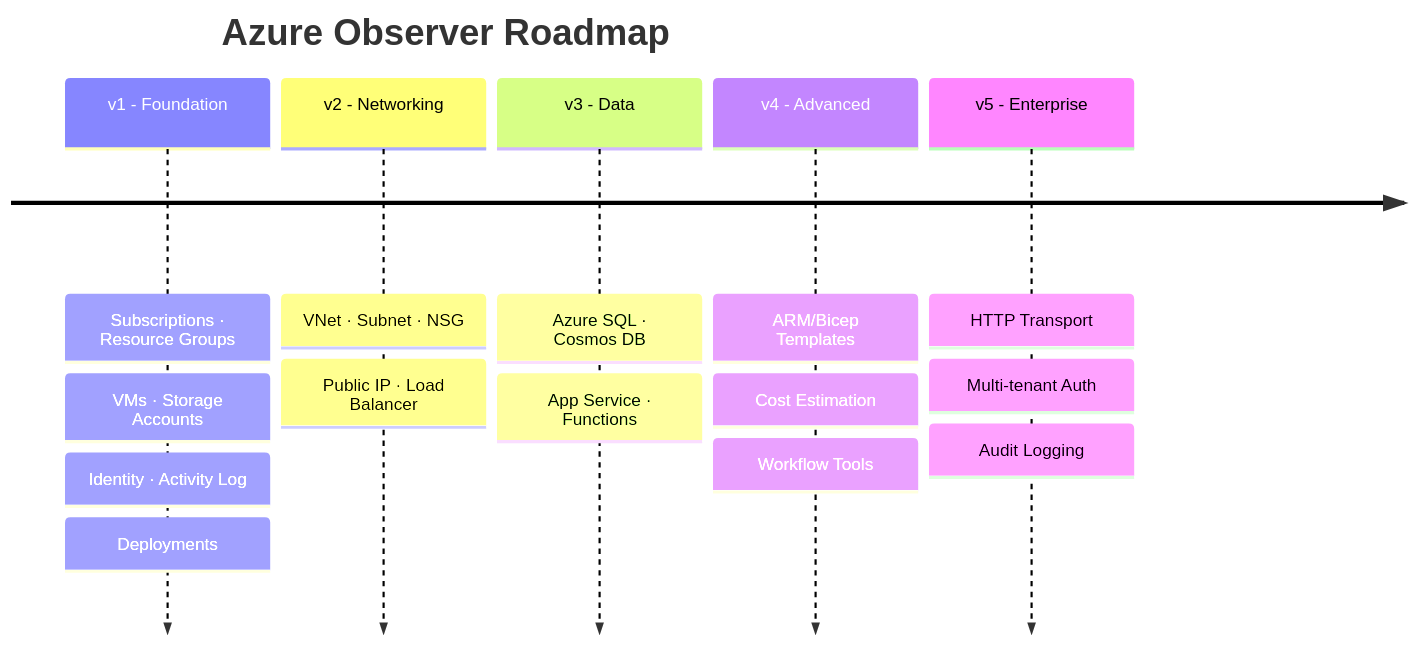
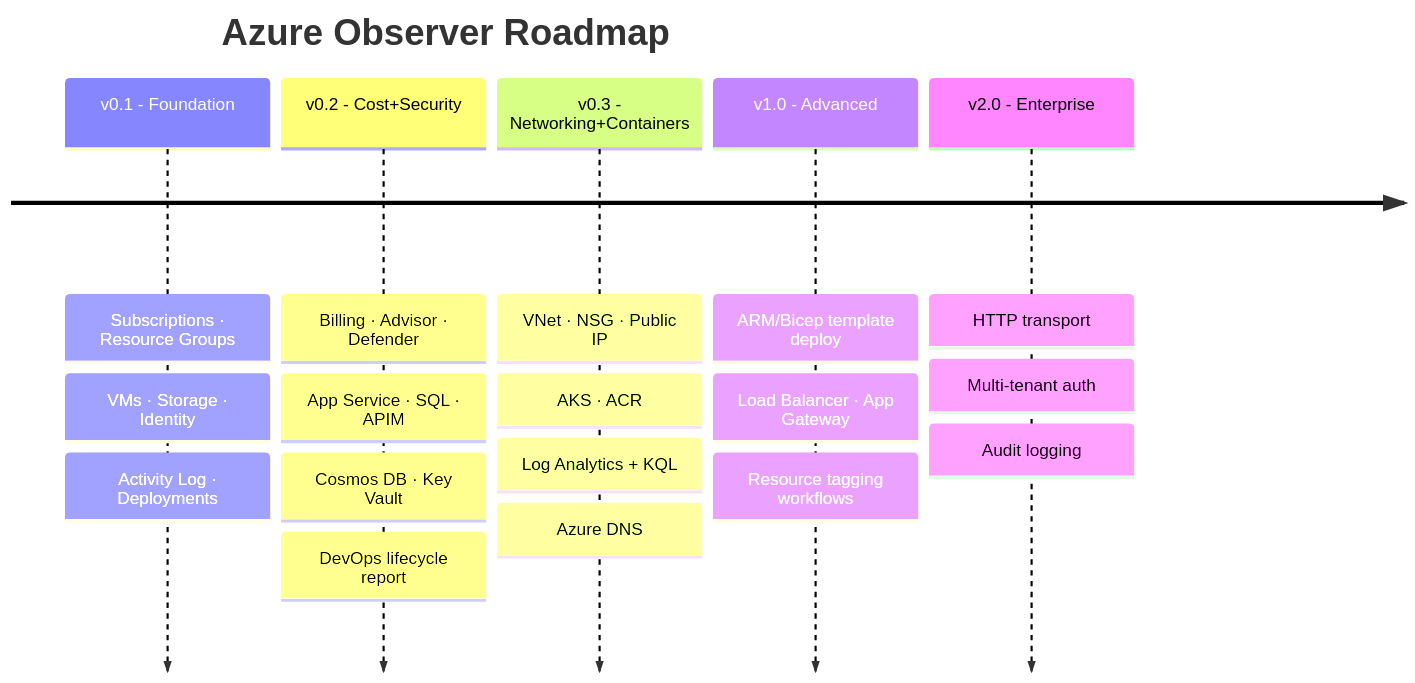
One commit to pxkundu/azure-observer-mcp changed the eighth of 8 diagrams in ARCHITECTURE.md. Above: the diagram before and after it, drawn with Mermaid. The commit also changed other lines of this file and 19 other files, not shown here.

````diff
--- a/ARCHITECTURE.md
+++ b/ARCHITECTURE.md
@@ -350,18 +381,21 @@
 ```mermaid
 timeline
     title Azure Observer Roadmap
-    v1 - Foundation : Subscriptions · Resource Groups
-                    : VMs · Storage Accounts
-                    : Identity · Activity Log
-                    : Deployments
-    v2 - Networking : VNet · Subnet · NSG
-                    : Public IP · Load Balancer
-    v3 - Data       : Azure SQL · Cosmos DB
-                    : App Service · Functions
-    v4 - Advanced   : ARM/Bicep Templates
-                    : Cost Estimation
-                    : Workflow Tools
-    v5 - Enterprise : HTTP Transport
-                    : Multi-tenant Auth
-                    : Audit Logging
+    v0.1 - Foundation : Subscriptions · Resource Groups
+                      : VMs · Storage · Identity
+                      : Activity Log · Deployments
+    v0.2 - Cost+Security : Billing · Advisor · Defender
+                         : App Service · SQL · APIM
+                         : Cosmos DB · Key Vault
+                         : DevOps lifecycle report
+    v0.3 - Networking+Containers : VNet · NSG · Public IP
+                                 : AKS · ACR
+                                 : Log Analytics + KQL
+                                 : Azure DNS
+    v1.0 - Advanced : ARM/Bicep template deploy
+                    : Load Balancer · App Gateway
+                    : Resource tagging workflows
+    v2.0 - Enterprise : HTTP transport
+                      : Multi-tenant auth
+                      : Audit logging
 ```
````
